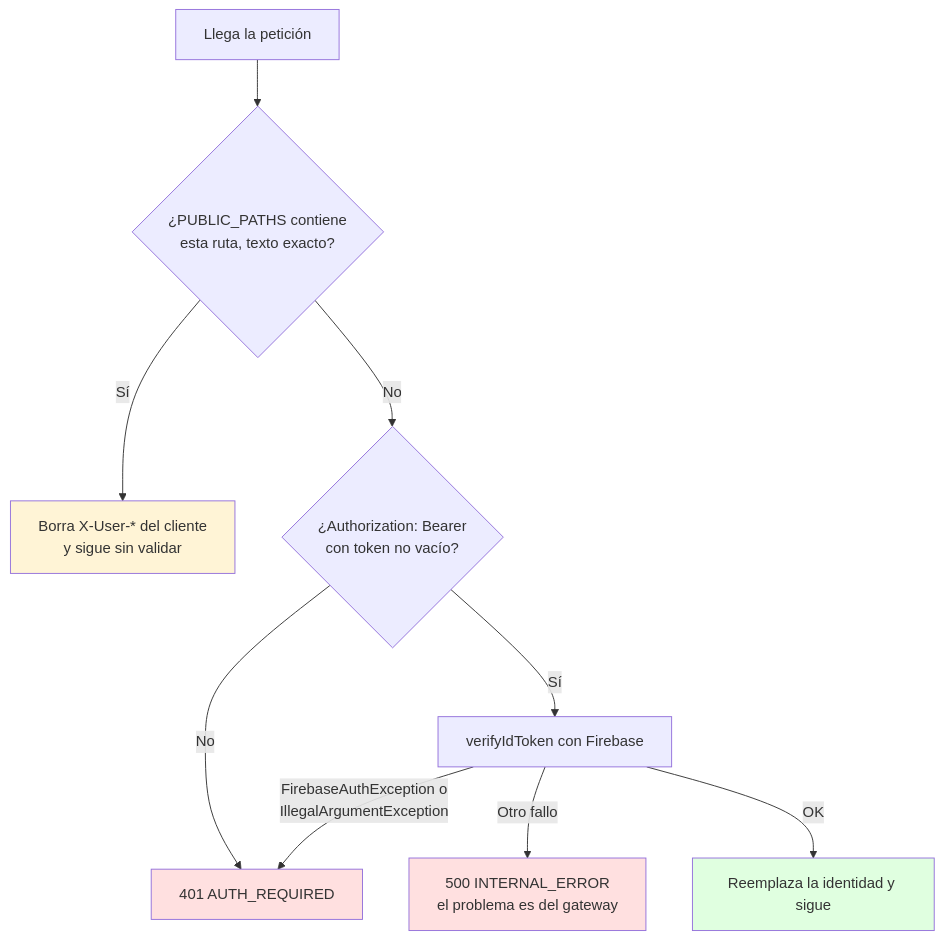
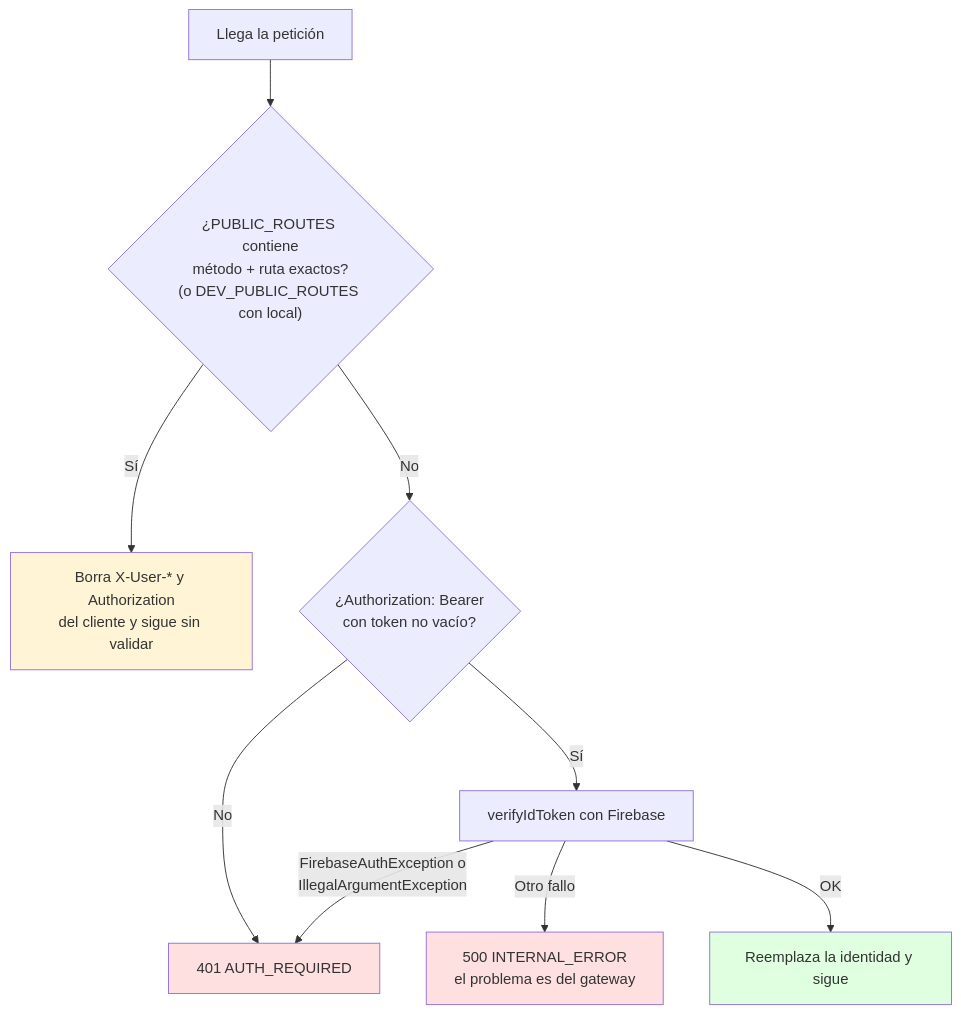
The fifth of 5 diagrams in docs/COMO-FUNCIONA.md (Forkthec/cameia-gateway), drawn with Mermaid before and after one commit. The commit also changed other lines of this file and 28 other files, not shown here.

````diff
--- a/docs/COMO-FUNCIONA.md
+++ b/docs/COMO-FUNCIONA.md
@@ -334,16 +355,16 @@
 ```mermaid
 flowchart TD
-    A["Llega la petición"] --> B{"¿PUBLIC_PATHS contiene<br/>esta ruta, texto exacto?"}
-    B -->|Sí| C["Borra X-User-* del cliente<br/>y sigue sin validar"]
+    A["Llega la petición"] --> B{"¿PUBLIC_ROUTES contiene<br/>método + ruta exactos?<br/>(o DEV_PUBLIC_ROUTES con local)"}
+    B -->|Sí| C["Borra X-User-* y Authorization<br/>del cliente y sigue sin validar"]
     B -->|No| D{"¿Authorization: Bearer<br/>con token no vacío?"}
     D -->|No| E["401 AUTH_REQUIRED"]
     D -->|Sí| F["verifyIdToken con Firebase"]
     F -->|FirebaseAuthException o<br/>IllegalArgumentException| E
     F -->|Otro fallo| X["500 INTERNAL_ERROR<br/>el problema es del gateway"]
     F -->|OK| G["Reemplaza la identidad y sigue"]
 
     style C fill:#fff4d6
     style E fill:#ffe0e0
     style X fill:#ffe0e0
     style G fill:#e0ffe0
 ```
````
